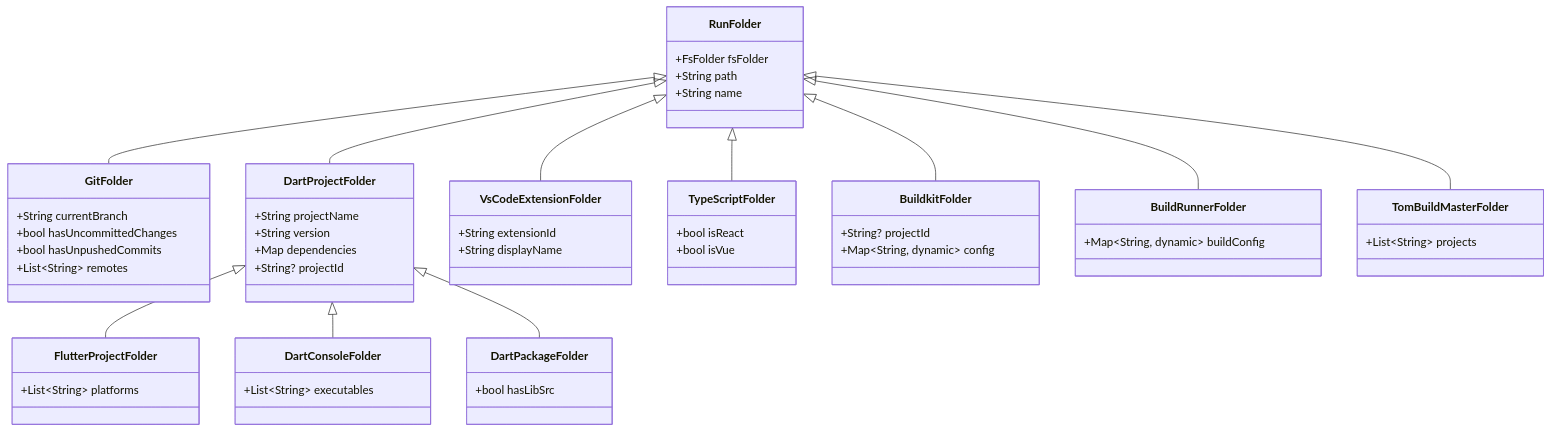
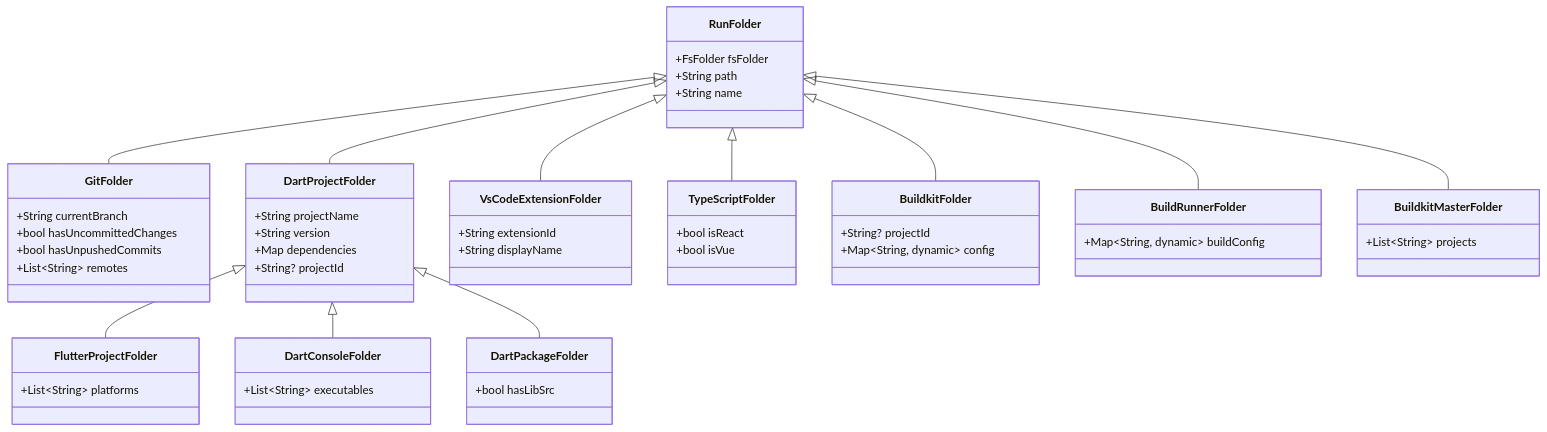
Before and after one commit to al-the-bear/tom_basics: diagram 12 of 16 in tom_build_base/_copilot_guidelines/cli_v2_design.md, drawn with Mermaid. The commit also changed other lines of this file and 5 other files, not shown here.

First line of the commit message:
tom_build_base 2.27.0: the workspace-root nature is BuildkitMasterFolder

````diff
--- a/tom_build_base/_copilot_guidelines/cli_v2_design.md
+++ b/tom_build_base/_copilot_guidelines/cli_v2_design.md
@@ -1279,68 +1279,68 @@
 ```mermaid
 classDiagram
     class RunFolder {
         +FsFolder fsFolder
         +String path
         +String name
     }
     
     class GitFolder {
         +String currentBranch
         +bool hasUncommittedChanges
         +bool hasUnpushedCommits
         +List~String~ remotes
     }
     
     class DartProjectFolder {
         +String projectName
         +String version
         +Map dependencies
         +String? projectId
     }
     
     class FlutterProjectFolder {
         +List~String~ platforms
     }
     
     class DartConsoleFolder {
         +List~String~ executables
     }
     
     class DartPackageFolder {
         +bool hasLibSrc
     }
     
     class VsCodeExtensionFolder {
         +String extensionId
         +String displayName
     }
     
     class TypeScriptFolder {
         +bool isReact
         +bool isVue
     }
     
     class BuildkitFolder {
         +String? projectId
         +Map~String, dynamic~ config
     }
     
     class BuildRunnerFolder {
         +Map~String, dynamic~ buildConfig
     }
     
-    class TomBuildMasterFolder {
+    class BuildkitMasterFolder {
         +List~String~ projects
     }
     
     RunFolder <|-- GitFolder
     RunFolder <|-- DartProjectFolder
     DartProjectFolder <|-- FlutterProjectFolder
     DartProjectFolder <|-- DartConsoleFolder
     DartProjectFolder <|-- DartPackageFolder
     RunFolder <|-- VsCodeExtensionFolder
     RunFolder <|-- TypeScriptFolder
     RunFolder <|-- BuildkitFolder
     RunFolder <|-- BuildRunnerFolder
-    RunFolder <|-- TomBuildMasterFolder
+    RunFolder <|-- BuildkitMasterFolder
 ```
````
